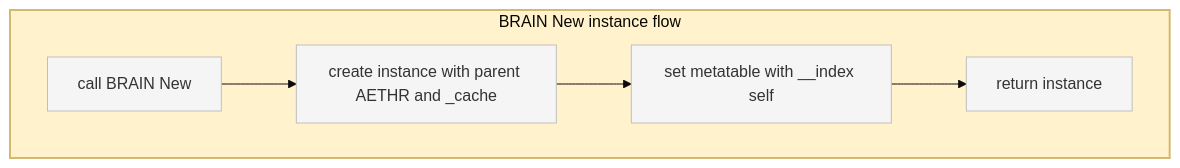
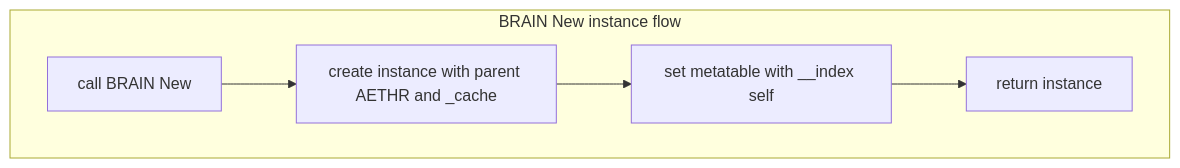
The second of 2 diagrams in docs/brain/data_structures.md (Gh0st352/AETHR), drawn with Mermaid before and after one commit. The commit also changed other lines of this file and 5 other files, not shown here.

First line of the commit message:
docs(mermaid): standardize diagram labels and headers

````diff
--- a/docs/brain/data_structures.md
+++ b/docs/brain/data_structures.md
@@ -67,15 +67,14 @@
 ```mermaid
-%%{init: {"theme":"base"}}%%
+%% shared theme: docs/_mermaid/theme.json %%
 flowchart TB
-  subgraph NEW [BRAIN New instance flow]
-    style NEW fill:#fff2cc,stroke:#d4b86f,stroke-width:2px
+  subgraph NEW ["BRAIN New instance flow"]
     N1[call BRAIN New]
     N2[create instance with parent AETHR and _cache]
     N3[set metatable with __index self]
     N4[return instance]
     N1 --> N2 --> N3 --> N4
   end
 
-  classDef node fill:#f5f5f5,stroke:#bfbfbf
-  class N1,N2,N3,N4 node
+  class N1,N2,N3,N4 class_step;
+  class NEW class_compute;
 ```
````
